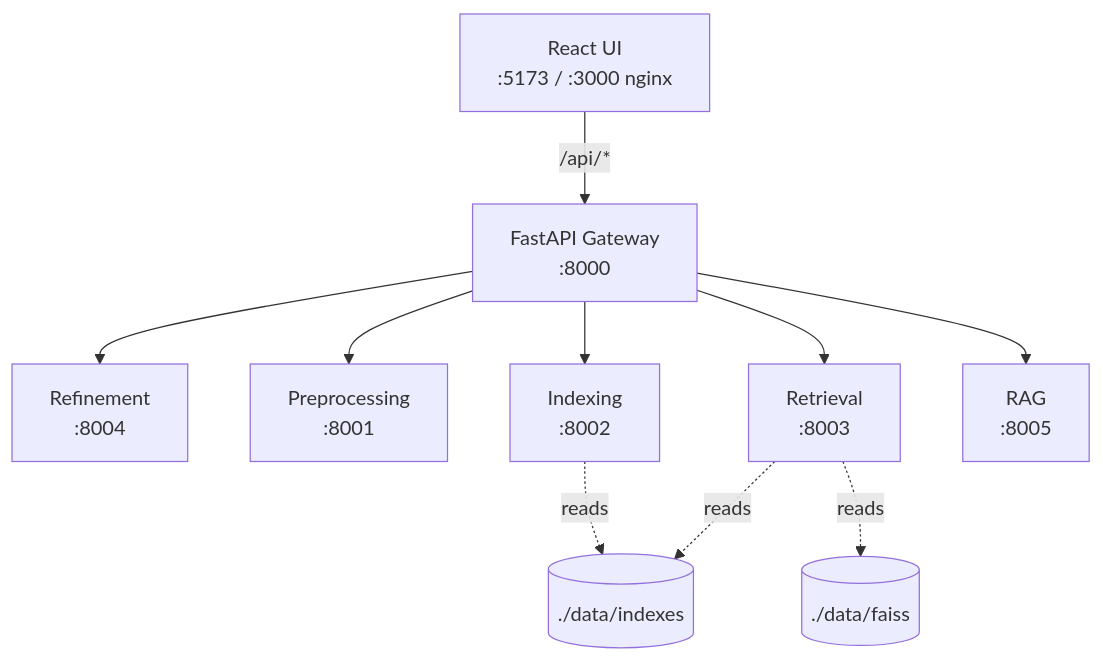
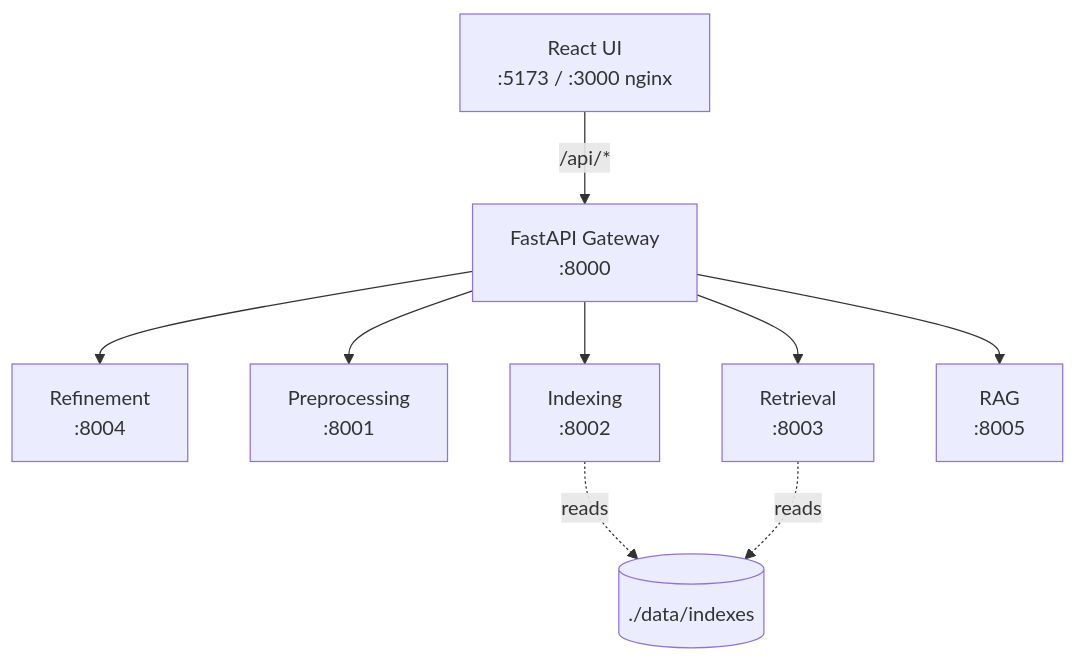
The diagram in docs/architecture.md (YasserJ01/ir-project-2026), drawn with Mermaid before and after one commit. The commit also changed other lines of this file and 7 other files, not shown here.

````diff
--- a/docs/architecture.md
+++ b/docs/architecture.md
@@ -8,12 +9,11 @@
 ```mermaid
 flowchart TD
     UI[React UI<br/>:5173 / :3000 nginx] -->|/api/*| GW[FastAPI Gateway<br/>:8000]
     GW --> REF[Refinement<br/>:8004]
     GW --> PRE[Preprocessing<br/>:8001]
     GW --> IDX[Indexing<br/>:8002]
     GW --> RET[Retrieval<br/>:8003]
     GW --> RAG[RAG<br/>:8005]
     IDX -.reads.-> DATA[(./data/indexes)]
     RET -.reads.-> DATA
-    RET -.reads.-> FAISS[(./data/faiss)]
 ```
````
